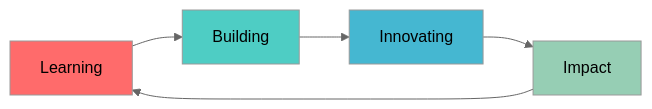
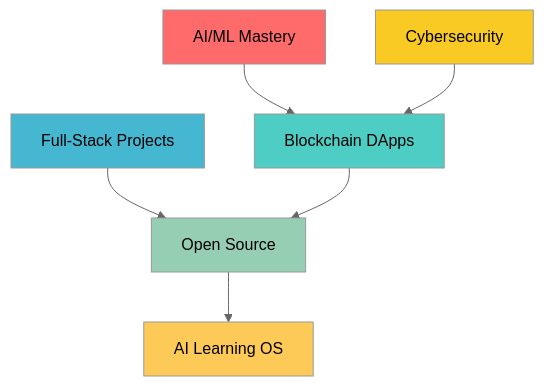
Before and after one commit to EVINJSUBIN/EVINJSUBIN: the diagram in README.md, drawn with Mermaid (neutral theme). The commit also changed other lines of this file, not shown here.

````diff
--- a/README.md
+++ b/README.md
@@ -113,12 +112,15 @@
 ```mermaid
-graph LR
-    A[Learning] --> B[Building]
-    B --> C[Innovating]
-    C --> D[Impact]
-    D --> A
+graph TD
+    A[AI/ML Mastery] --> B[Blockchain DApps]
+    C[Cybersecurity] --> B
+    D[Full-Stack Projects] --> E[Open Source]
+    B --> E
+    E --> F[AI Learning OS]
     
     style A fill:#ff6b6b
     style B fill:#4ecdc4
-    style C fill:#45b7d1
-    style D fill:#96ceb4
+    style C fill:#f9ca24
+    style D fill:#45b7d1
+    style E fill:#96ceb4
+    style F fill:#feca57
 ```
````
